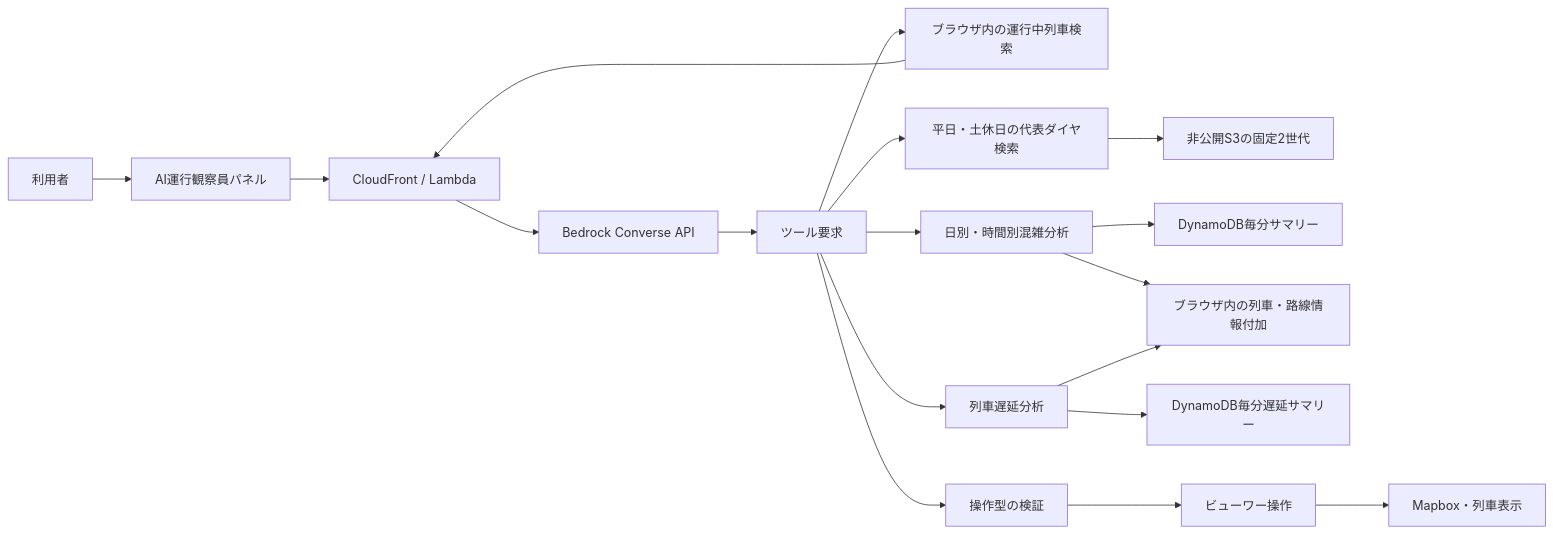
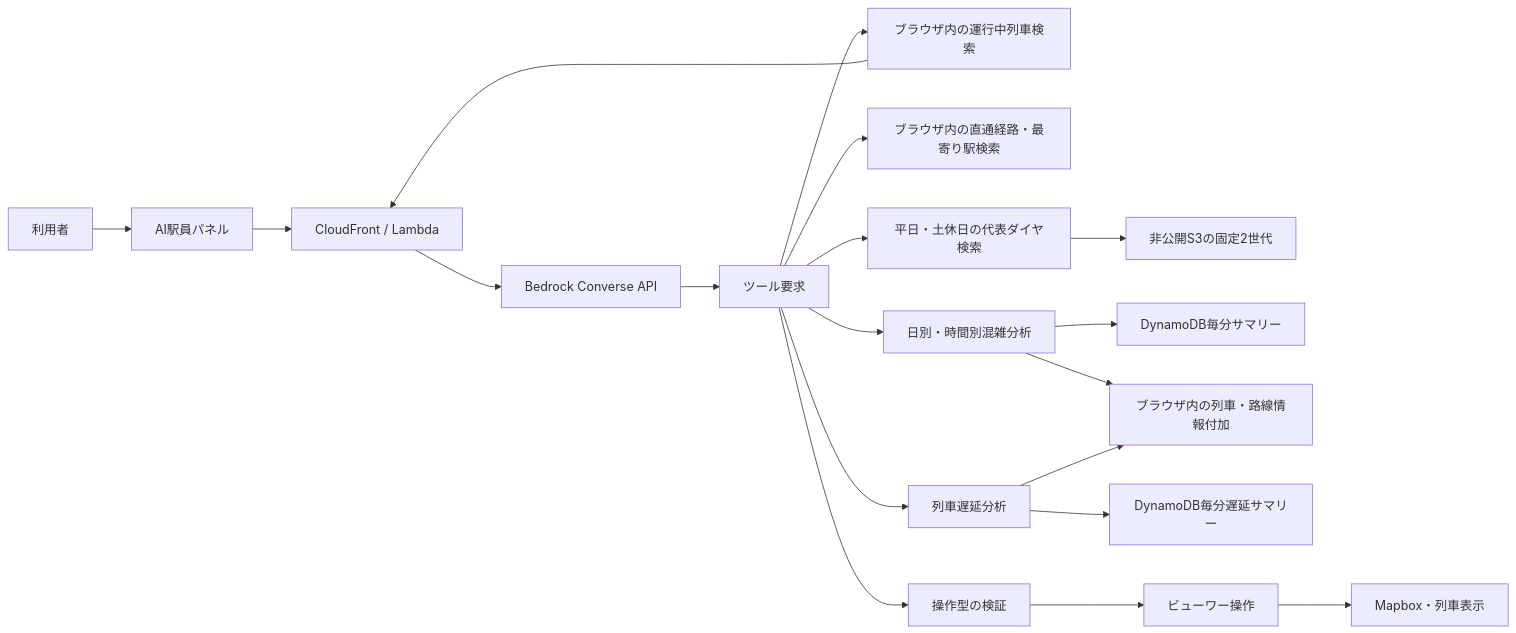
One commit to ymho/transitforge changed the diagram in docs/architecture/ai-operations-guide.md. Above: the diagram before and after it, drawn with Mermaid. The commit also changed other lines of this file and 18 other files, not shown here.

````diff
--- a/docs/architecture/ai-operations-guide.md
+++ b/docs/architecture/ai-operations-guide.md
@@ -20,20 +20,21 @@
 ```mermaid
 flowchart LR
-  U[利用者] --> P[AI運行観察員パネル]
+  U[利用者] --> P[AI駅員パネル]
   P --> A[CloudFront / Lambda]
   A --> B[Bedrock Converse API]
   B --> T[ツール要求]
   T --> S[ブラウザ内の運行中列車検索]
+  T --> J[ブラウザ内の直通経路・最寄り駅検索]
   T --> R[平日・土休日の代表ダイヤ検索]
   R --> RS[非公開S3の固定2世代]
   T --> H[日別・時間別混雑分析]
   H --> D[DynamoDB毎分サマリー]
   H --> E[ブラウザ内の列車・路線情報付加]
   T --> L[列車遅延分析]
   L --> DD[DynamoDB毎分遅延サマリー]
   L --> E
   T --> V[操作型の検証]
   V --> C[ビューワー操作]
   C --> M[Mapbox・列車表示]
   S --> A
 ```
````
